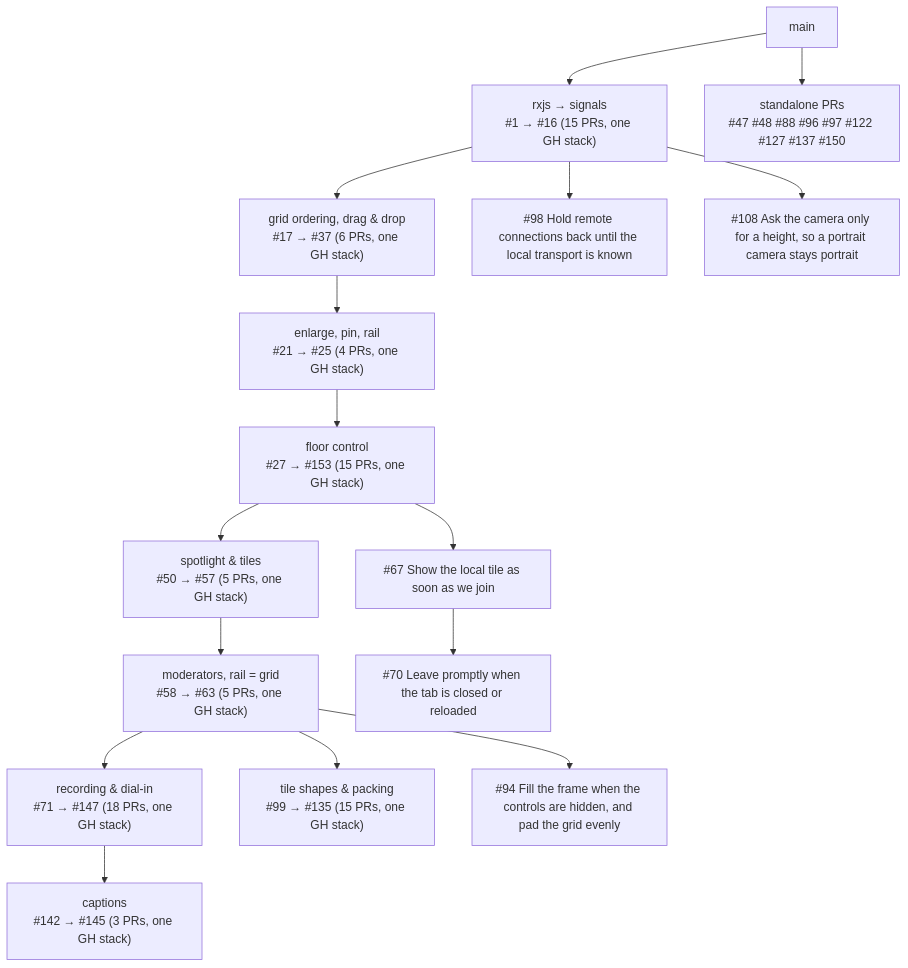
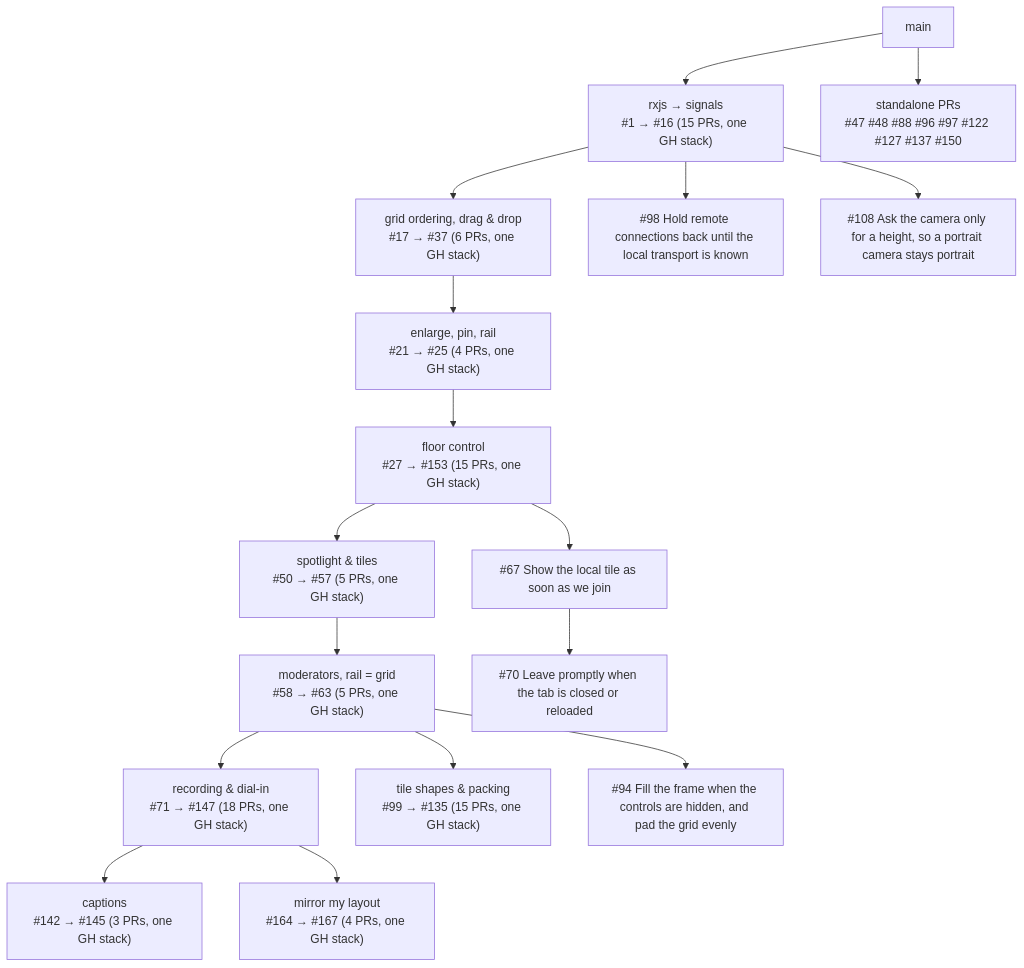
One commit to MaximilianGaedig/element-call changed the diagram in docs/experiment_stack.md. Above: the diagram before and after it, drawn with Mermaid. The commit also changed other lines of this file, not shown here.

Commit message:
Stack overview: the mirror my layout stack, #164 to #167

````diff
--- a/docs/experiment_stack.md
+++ b/docs/experiment_stack.md
@@ -21,34 +21,36 @@
 ```mermaid
 graph TD
   main[main]
   foundation["rxjs → signals<br/>#1 → #16 (15 PRs, one GH stack)"]
   main --> foundation
   drag["grid ordering, drag & drop<br/>#17 → #37 (6 PRs, one GH stack)"]
   foundation --> drag
   spotlight["enlarge, pin, rail<br/>#21 → #25 (4 PRs, one GH stack)"]
   drag --> spotlight
   floor["floor control<br/>#27 → #153 (15 PRs, one GH stack)"]
   spotlight --> floor
   spotlight2["spotlight & tiles<br/>#50 → #57 (5 PRs, one GH stack)"]
   floor --> spotlight2
   floor2["moderators, rail = grid<br/>#58 → #63 (5 PRs, one GH stack)"]
   spotlight2 --> floor2
   recording["recording & dial-in<br/>#71 → #147 (18 PRs, one GH stack)"]
   floor2 --> recording
   captions["captions<br/>#142 → #145 (3 PRs, one GH stack)"]
   recording --> captions
+  mirror["mirror my layout<br/>#164 → #167 (4 PRs, one GH stack)"]
+  recording --> mirror
   shapes["tile shapes & packing<br/>#99 → #135 (15 PRs, one GH stack)"]
   floor2 --> shapes
   pr67["#67 Show the local tile as soon as we join"]
   floor --> pr67
   pr70["#70 Leave promptly when the tab is closed or reloaded"]
   pr67 --> pr70
   pr94["#94 Fill the frame when the controls are hidden, and pad the grid evenly"]
   floor2 --> pr94
   pr98["#98 Hold remote connections back until the local transport is known"]
   foundation --> pr98
   pr108["#108 Ask the camera only for a height, so a portrait camera stays portrait"]
   foundation --> pr108
   standalone["standalone PRs<br/>#47 #48 #88 #96 #97 #122 #127 #137 #150"]
   main --> standalone
 ```
````
